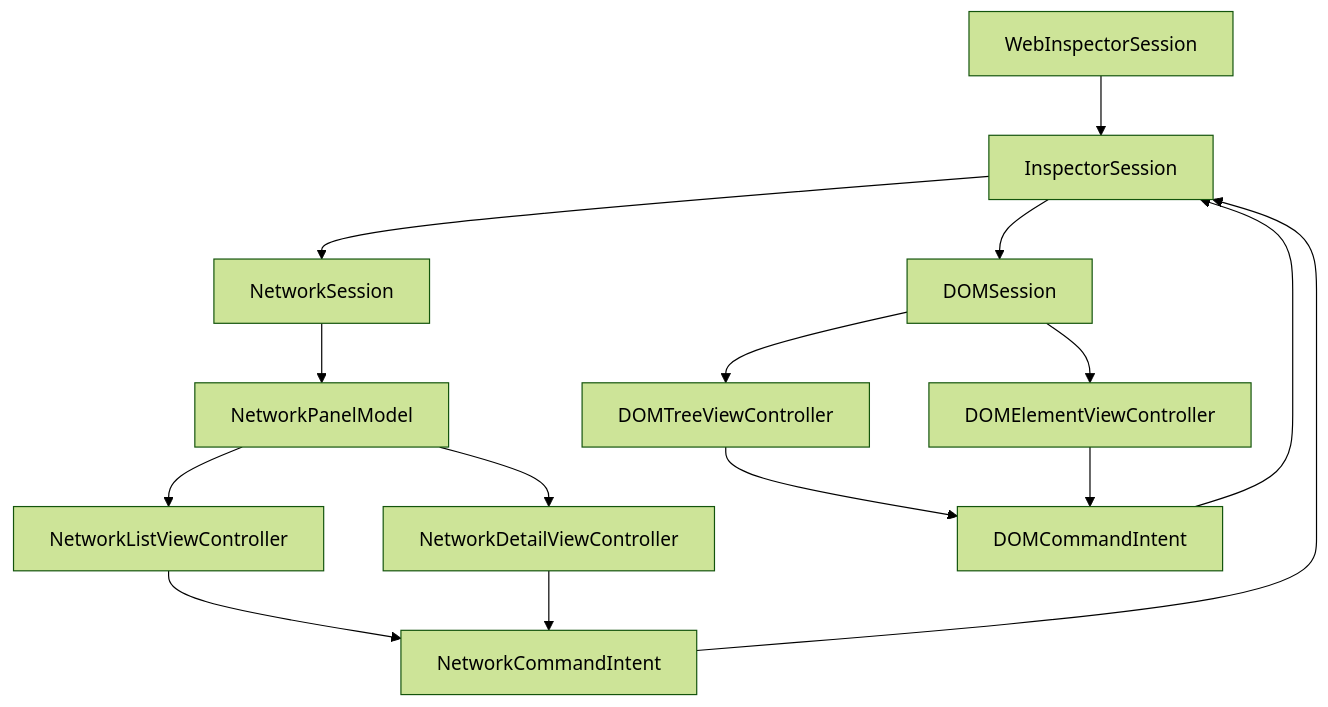
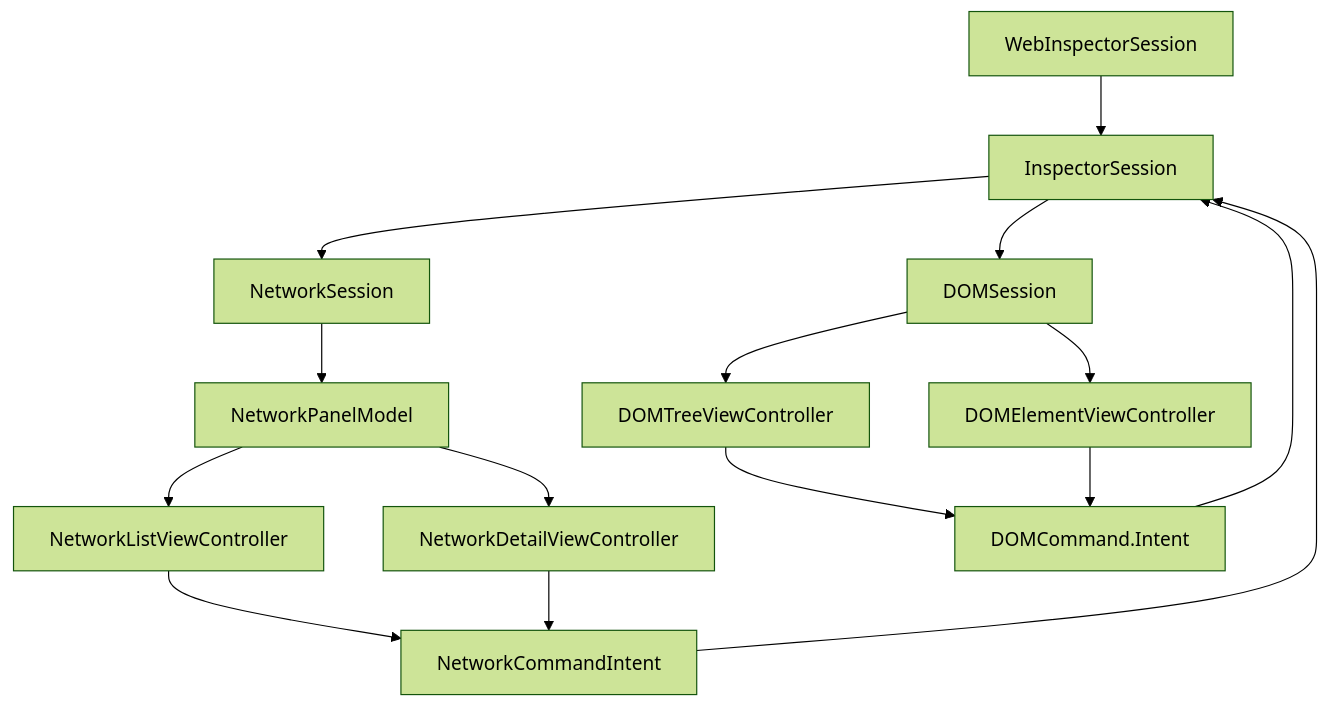
One commit to lynnswap/WebInspectorKit changed the second of 5 diagrams in Sources/WebInspectorUI/Docs/UIIntegration.md. Above: the diagram before and after it, drawn with Mermaid (forest theme). The commit also changed other lines of this file and 49 other files, not shown here.

````diff
--- a/Sources/WebInspectorUI/Docs/UIIntegration.md
+++ b/Sources/WebInspectorUI/Docs/UIIntegration.md
@@ -40,29 +40,29 @@
 ```mermaid
 flowchart TD
     PublicSession["WebInspectorSession"]
     Runtime["InspectorSession"]
     DOMSession["DOMSession"]
     NetworkSession["NetworkSession"]
     DOMTree["DOMTreeViewController"]
     DOMElement["DOMElementViewController"]
     NetworkPanel["NetworkPanelModel"]
     NetworkList["NetworkListViewController"]
     NetworkDetail["NetworkDetailViewController"]
-    DOMCommands["DOMCommandIntent"]
+    DOMCommands["DOMCommand.Intent"]
     NetworkCommands["NetworkCommandIntent"]
 
     PublicSession --> Runtime
     Runtime --> DOMSession
     Runtime --> NetworkSession
     DOMSession --> DOMTree
     DOMSession --> DOMElement
     NetworkSession --> NetworkPanel
     NetworkPanel --> NetworkList
     NetworkPanel --> NetworkDetail
     DOMTree --> DOMCommands
     DOMElement --> DOMCommands
     NetworkList --> NetworkCommands
     NetworkDetail --> NetworkCommands
     DOMCommands --> Runtime
     NetworkCommands --> Runtime
 ```
````
